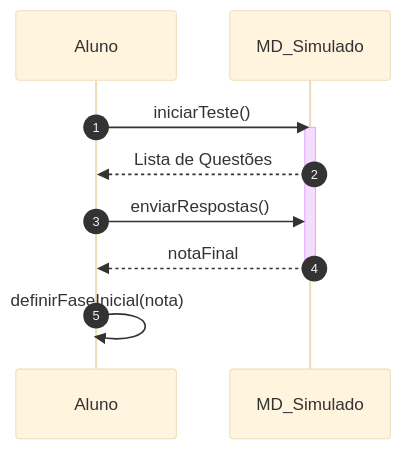
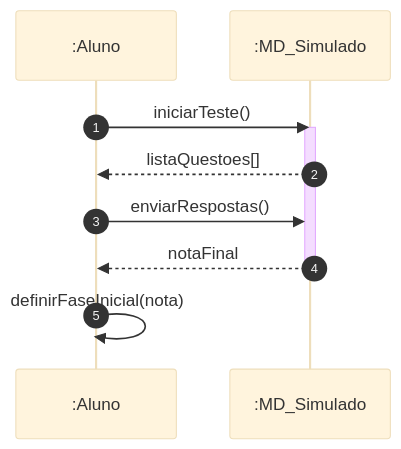
One commit to MayconDIS/PIM_III-Documentacao_UML changed the second of 2 diagrams in PIM_III/02_Modelagem_UML_Astah/UC03_Realizar_Teste_Nivelamento/README.md. Above: the diagram before and after it, drawn with Mermaid (base theme). The commit also changed other lines of this file and 17 other files, not shown here.

````diff
--- a/PIM_III/02_Modelagem_UML_Astah/UC03_Realizar_Teste_Nivelamento/README.md
+++ b/PIM_III/02_Modelagem_UML_Astah/UC03_Realizar_Teste_Nivelamento/README.md
@@ -45,13 +46,13 @@
 ```mermaid
 sequenceDiagram
     autonumber
-    participant A as Aluno
-    participant S as MD_Simulado
+    participant A as :Aluno
+    participant S as :MD_Simulado
     A->>S: iniciarTeste()
     activate S
-    S-->>A: Lista de Questões
+    S-->>A: listaQuestoes[]
     A->>S: enviarRespostas()
     S-->>A: notaFinal
     deactivate S
     A->>A: definirFaseInicial(nota)
 ```
````
